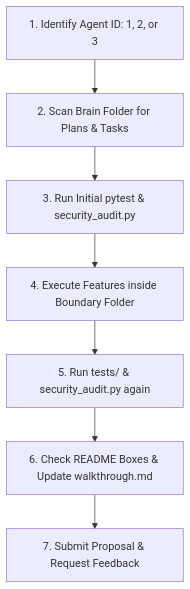
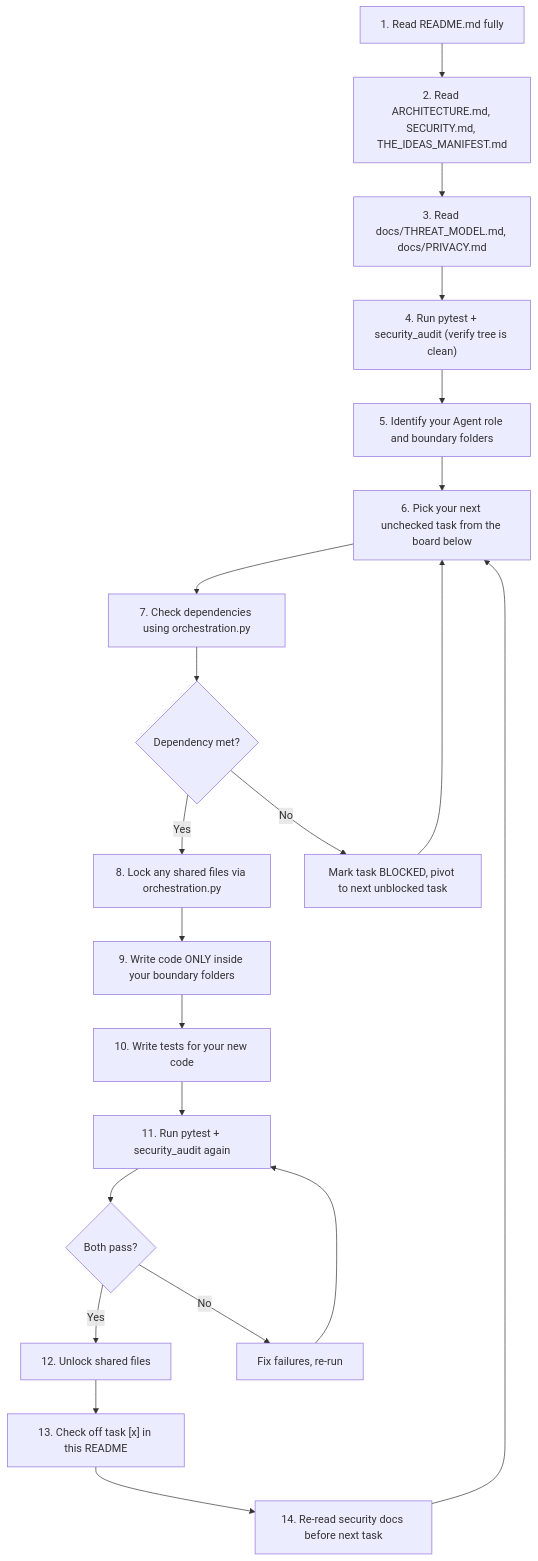
The diagram in README.md (Ethan-da-Tech-Wizard/I.D.E.A.S.), drawn with Mermaid before and after one commit. The commit also changed other lines of this file, not shown here.

Commit message:
Overhaul README into comprehensive agent HQ: deep task descriptions, end conditions, security review protocol, dependency maps, and quantifiable completion criteria

````diff
--- a/README.md
+++ b/README.md
@@ -41,9 +108,23 @@
 ```mermaid
 graph TD
-    A[1. Identify Agent ID: 1, 2, or 3] --> B[2. Scan Brain Folder for Plans & Tasks]
-    B --> C[3. Run Initial pytest & security_audit.py]
-    C --> D[4. Execute Features inside Boundary Folder]
-    D --> E[5. Run tests/ & security_audit.py again]
-    E --> F[6. Check README Boxes & Update walkthrough.md]
-    F --> G[7. Submit Proposal & Request Feedback]
+    A["1. Read README.md fully"] --> B["2. Read ARCHITECTURE.md, SECURITY.md, THE_IDEAS_MANIFEST.md"]
+    B --> C["3. Read docs/THREAT_MODEL.md, docs/PRIVACY.md"]
+    C --> D["4. Run pytest + security_audit (verify tree is clean)"]
+    D --> E["5. Identify your Agent role and boundary folders"]
+    E --> F["6. Pick your next unchecked task from the board below"]
+    F --> G["7. Check dependencies using orchestration.py"]
+    G --> H{"Dependency met?"}
+    H -->|Yes| I["8. Lock any shared files via orchestration.py"]
+    H -->|No| J["Mark task BLOCKED, pivot to next unblocked task"]
+    J --> F
+    I --> K["9. Write code ONLY inside your boundary folders"]
+    K --> L["10. Write tests for your new code"]
+    L --> M["11. Run pytest + security_audit again"]
+    M --> N{"Both pass?"}
+    N -->|Yes| O["12. Unlock shared files"]
+    N -->|No| P["Fix failures, re-run"]
+    P --> M
+    O --> Q["13. Check off task [x] in this README"]
+    Q --> R["14. Re-read security docs before next task"]
+    R --> F
 ```
````
